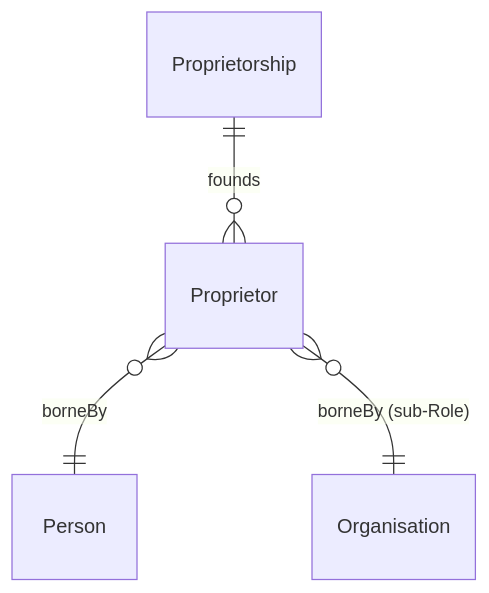
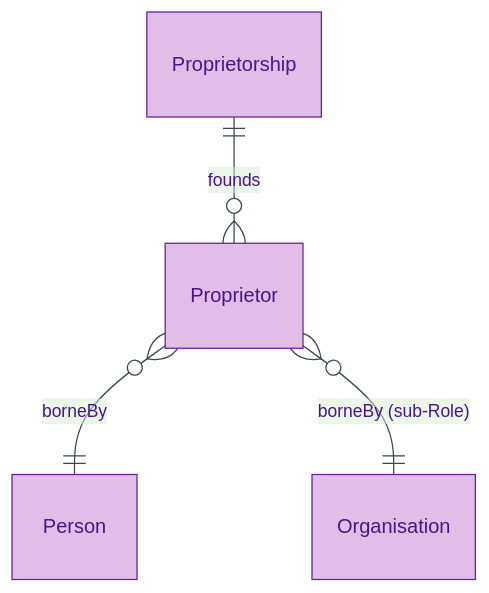
Before and after one commit to sparkling/opda: the diagram in docs/manual/logical/agent/proprietor.md, drawn with Mermaid. The commit also changed other lines of this file and 179 other files, not shown here.

First line of the commit message:
docs(manual): Logical-tier diagram expansion via /diagramming skill

````diff
--- a/docs/manual/logical/agent/proprietor.md
+++ b/docs/manual/logical/agent/proprietor.md
@@ -33,6 +38,10 @@
 ```mermaid
+%%{init: {"theme": "base", "themeVariables": {"primaryColor": "#E1BEE7", "primaryTextColor": "#4A148C", "primaryBorderColor": "#6A1B9A", "lineColor": "#37474F"}}}%%
 erDiagram
+    accTitle: Proprietor — Entity-Relationship Diagram
+    accDescr: Direct-neighbour view of Proprietor Role — borne by Person or by Organisation under a named sub-Role, founded by Proprietorship.
+
     Proprietor }o--|| Person : "borneBy"
     Proprietor }o--|| Organisation : "borneBy (sub-Role)"
     Proprietorship ||--o{ Proprietor : "founds"
 ```
````
